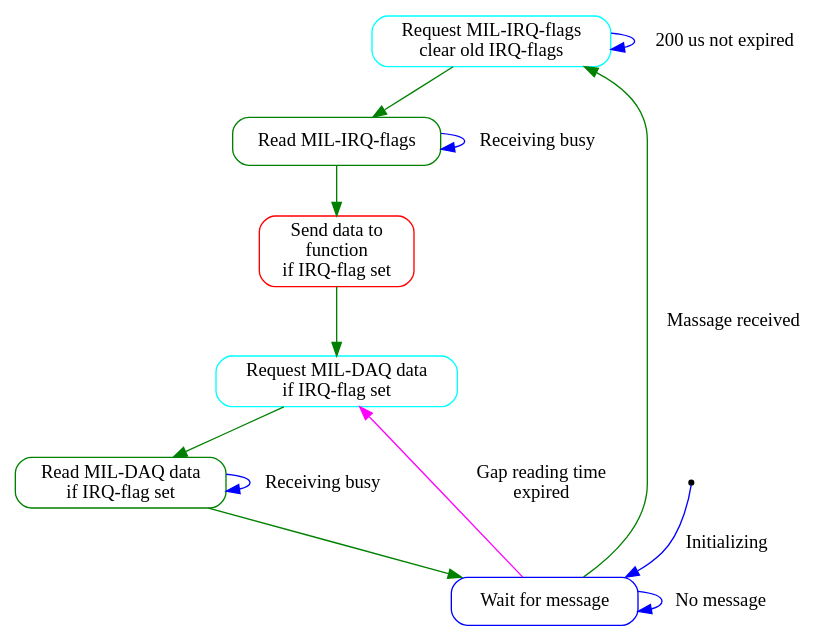
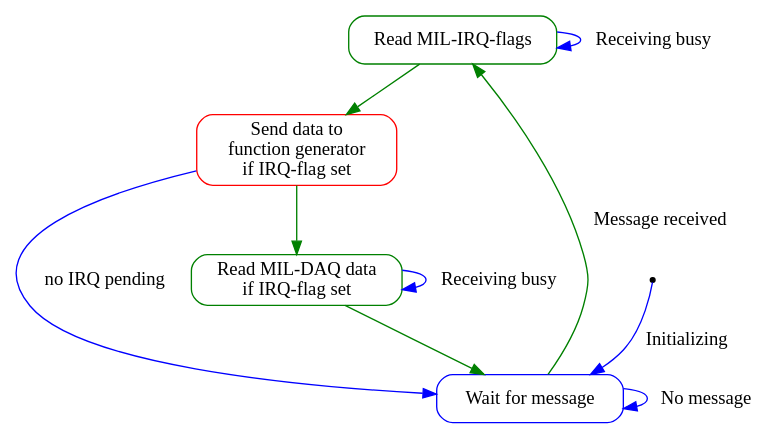
The diagram in prj/scu-control/fg/scu_mil_fg_handler.gv (UlrichBecker/gsi_scu), drawn with Graphviz before and after one commit. The commit also changed 2 other files, not shown here.

Commit message:
ST_PREPARE enabled

```diff
--- a/prj/scu-control/fg/scu_mil_fg_handler.gv
+++ b/prj/scu-control/fg/scu_mil_fg_handler.gv
@@ -1,22 +1,17 @@
 digraph "generated by DocFsm" {
 	node [shape = Mrecord];
-	ST_PREPARE_0 [label = "Request MIL-IRQ-flags\nclear old IRQ-flags", color = cyan];
-	ST_DATA_AQUISITION_0 [label = "Request MIL-DAQ data\nif IRQ-flag set", color = cyan];
+	ST_FETCH_STATUS_0 [label = "Read MIL-IRQ-flags", color = green];
+	ST_HANDLE_IRQS_0 [label = "Send data to\nfunction generator\nif IRQ-flag set", color = red];
 	ST_WAIT_0 [label = "Wait for message", color = blue];
-	ST_FETCH_STATUS_0 [label = "Read MIL-IRQ-flags", color = green];
-	ST_HANDLE_IRQS_0 [label = "Send data to\nfunction\nif IRQ-flag set", color = red];
 	ST_FETCH_DATA_0 [label = "Read MIL-DAQ data\nif IRQ-flag set", color = green];
 	entry0_0 [shape = point, label = "entry0"];
-	ST_PREPARE_0 -> ST_PREPARE_0 [label = "200 us not expired", color = blue];
-	ST_PREPARE_0 -> ST_FETCH_STATUS_0 [color = green];
-	ST_DATA_AQUISITION_0 -> ST_FETCH_DATA_0 [color = green];
-	ST_WAIT_0 -> ST_PREPARE_0 [label = "Massage received", color = green];
-	ST_WAIT_0 -> ST_DATA_AQUISITION_0 [label = "Gap reading time\nexpired", color = magenta];
-	ST_WAIT_0 -> ST_WAIT_0 [label = "No message", color = blue];
 	ST_FETCH_STATUS_0 -> ST_FETCH_STATUS_0 [label = "Receiving busy", color = blue];
 	ST_FETCH_STATUS_0 -> ST_HANDLE_IRQS_0 [color = green];
-	ST_HANDLE_IRQS_0 -> ST_DATA_AQUISITION_0 [color = green];
+	ST_HANDLE_IRQS_0 -> ST_WAIT_0 [color = blue, label = "no IRQ pending"];
+	ST_HANDLE_IRQS_0 -> ST_FETCH_DATA_0 [color = green];
+	ST_WAIT_0 -> ST_FETCH_STATUS_0 [label = "Message received", color = green];
+	ST_WAIT_0 -> ST_WAIT_0 [label = "No message", color = blue];
 	ST_FETCH_DATA_0 -> ST_FETCH_DATA_0 [label = "Receiving busy", color = blue];
 	ST_FETCH_DATA_0 -> ST_WAIT_0 [color = green];
 	entry0_0 -> ST_WAIT_0 [label = "Initializing", color = blue];
 }
```
